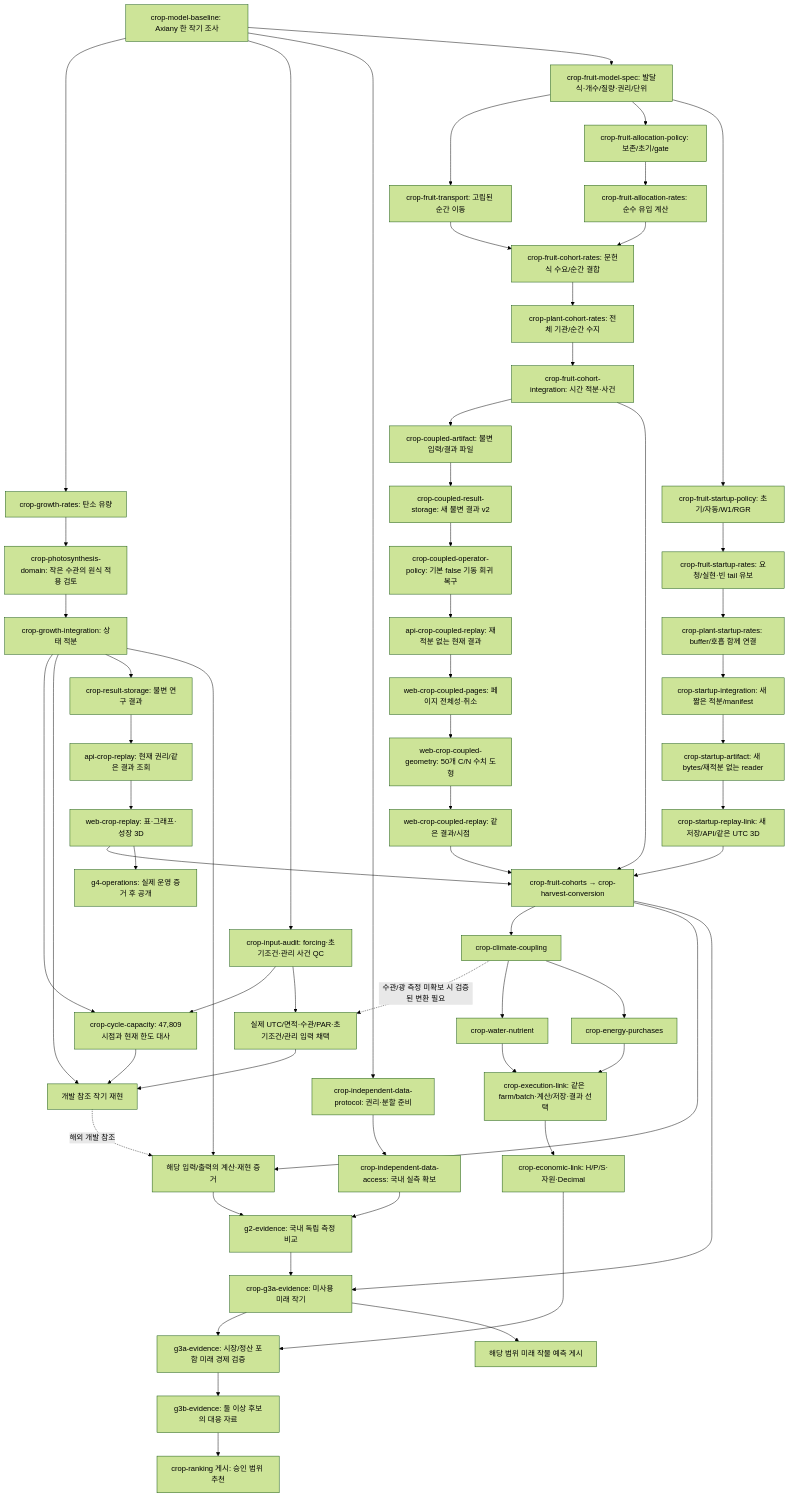
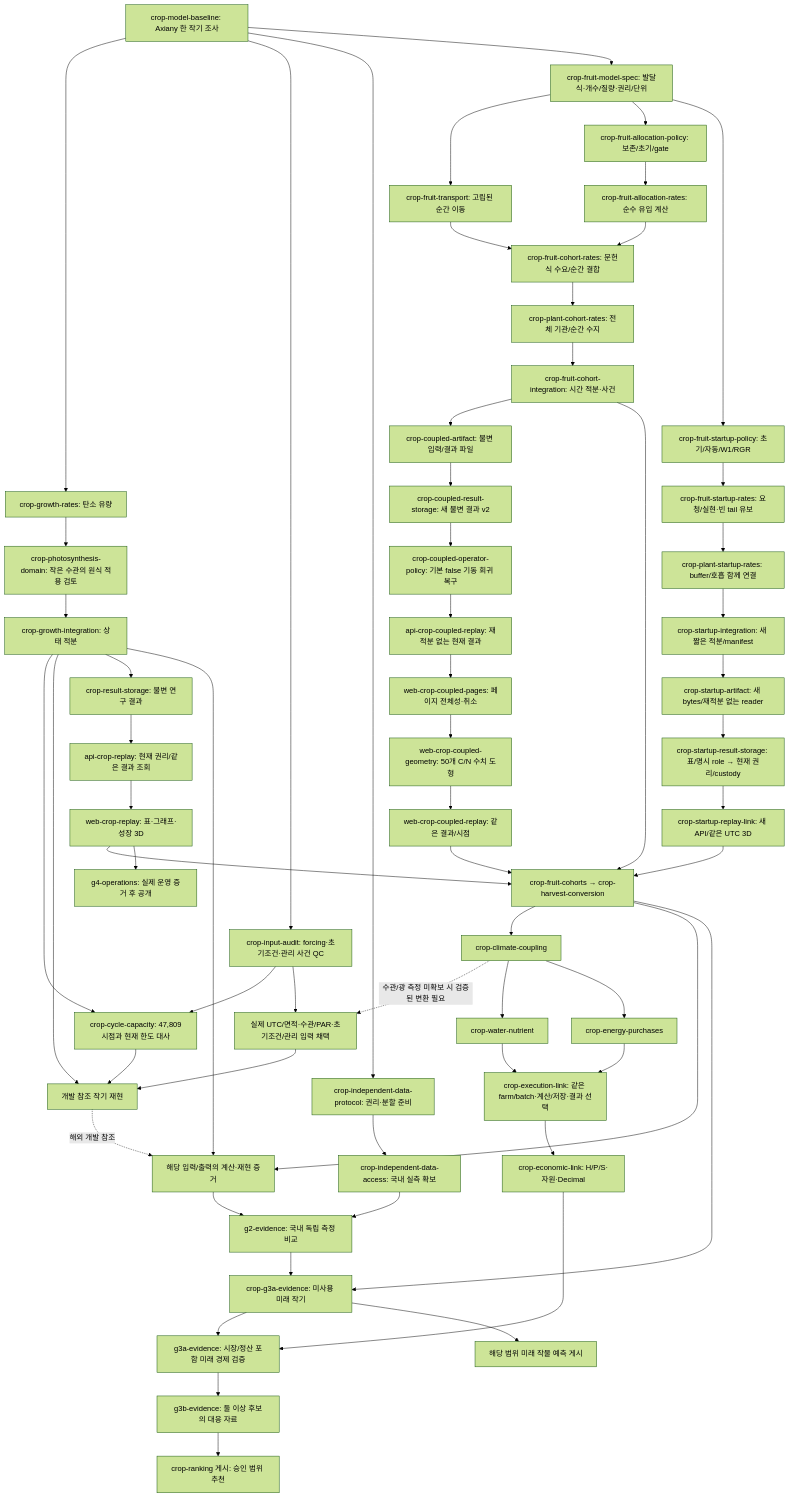
The first of 2 diagrams in tasks/plan.md (KIMSUNGHOON/OpenSmartFarmSim), drawn with Mermaid (forest theme) before and after one commit. The commit also changed other lines of this file and 10 other files, not shown here.

Commit message:
docs(crop): accept startup artifacts and define farm custody increments

````diff
--- a/tasks/plan.md
+++ b/tasks/plan.md
@@ -65,63 +75,64 @@
 ```mermaid
 flowchart TD
   B["crop-model-baseline: Axiany 한 작기 조사"] --> R["crop-growth-rates: 탄소 유량"]
   B --> Q["crop-input-audit: forcing·초기조건·관리 사건 QC"]
   B --> AP["crop-independent-data-protocol: 권리·분할 준비"]
   AP --> A["crop-independent-data-access: 국내 실측 확보"]
   R --> D["crop-photosynthesis-domain: 작은 수관의 원식 적용 검토"]
   D --> I["crop-growth-integration: 상태 적분"]
   Q --> CAP["crop-cycle-capacity: 47,809시점과 현재 한도 대사"]
   I --> CAP
   CAP --> X["개발 참조 작기 재현"]
   Q --> AQ["실제 UTC/면적·수관/PAR·초기조건/관리 입력 채택"]
   AQ --> X
   I --> X
   I --> S["crop-result-storage: 불변 연구 결과"]
   S --> API["api-crop-replay: 현재 권리/같은 결과 조회"]
   API --> V["web-crop-replay: 표·그래프·성장 3D"]
   B --> FM["crop-fruit-model-spec: 발달식·개수/질량·권리/단위"]
   FM --> FT["crop-fruit-transport: 고립된 순간 이동"]
   FM --> FP["crop-fruit-allocation-policy: 보존/초기/gate"]
   FT --> CR["crop-fruit-cohort-rates: 문헌식 수요/순간 결합"]
   FP --> FA["crop-fruit-allocation-rates: 순수 유입 계산"]
   FA --> CR
   CR --> PC["crop-plant-cohort-rates: 전체 기관/순간 수지"]
   PC --> CI["crop-fruit-cohort-integration: 시간 적분·사건"]
   CI --> AF["crop-coupled-artifact: 불변 입력/결과 파일"]
   AF --> CS["crop-coupled-result-storage: 새 불변 결과 v2"]
   CS --> CP["crop-coupled-operator-policy: 기본 false 기동 회귀 복구"]
   CP --> CA["api-crop-coupled-replay: 재적분 없는 현재 결과"]
   CA --> WP["web-crop-coupled-pages: 페이지 전체성·취소"]
   WP --> WG["web-crop-coupled-geometry: 50개 C/N 수치 도형"]
   WG --> CV["web-crop-coupled-replay: 같은 결과/시점"]
   FM --> ST["crop-fruit-startup-policy: 초기/자동/W1/RGR"]
   ST --> SA["crop-fruit-startup-rates: 요청/실현·빈 tail 유보"]
   SA --> SC["crop-plant-startup-rates: buffer/호흡 함께 연결"]
   SC --> SI["crop-startup-integration: 새 짧은 적분/manifest"]
   SI --> SF["crop-startup-artifact: 새 bytes/재적분 없는 reader"]
-  SF --> SL["crop-startup-replay-link: 새 저장/API/같은 UTC 3D"]
+  SF --> SS["crop-startup-result-storage: 표/명시 role → 현재 권리/custody"]
+  SS --> SL["crop-startup-replay-link: 새 API/같은 UTC 3D"]
   CI --> F["crop-fruit-cohorts → crop-harvest-conversion"]
   SL --> F
   V --> F
   CV --> F
   F --> C["crop-climate-coupling"]
   C -. 수관/광 측정 미확보 시 검증된 변환 필요 .-> AQ
   C --> W["crop-water-nutrient"]
   C --> E["crop-energy-purchases"]
   W --> L["crop-execution-link: 같은 farm/batch·계산/저장·결과 선택"]
   E --> L
   L --> M["crop-economic-link: H/P/S·자원·Decimal"]
   A --> G2["g2-evidence: 국내 독립 측정 비교"]
   I --> CALC["해당 입력/출력의 계산·재현 증거"]
   F --> CALC
   X -. 해외 개발 참조 .-> CALC
   CALC --> G2
   G2 --> G3A["crop-g3a-evidence: 미사용 미래 작기"]
   F --> G3A
   M --> EC["g3a-evidence: 시장/정산 포함 미래 경제 검증"]
   G3A --> EC
   G3A --> P["해당 범위 미래 작물 예측 게시"]
   EC --> PAIR["g3b-evidence: 둘 이상 후보의 대응 자료"]
   PAIR --> REC["crop-ranking 게시: 승인 범위 추천"]
   V --> PUB["g4-operations: 실제 운영 증거 후 공개"]
 ```
````
